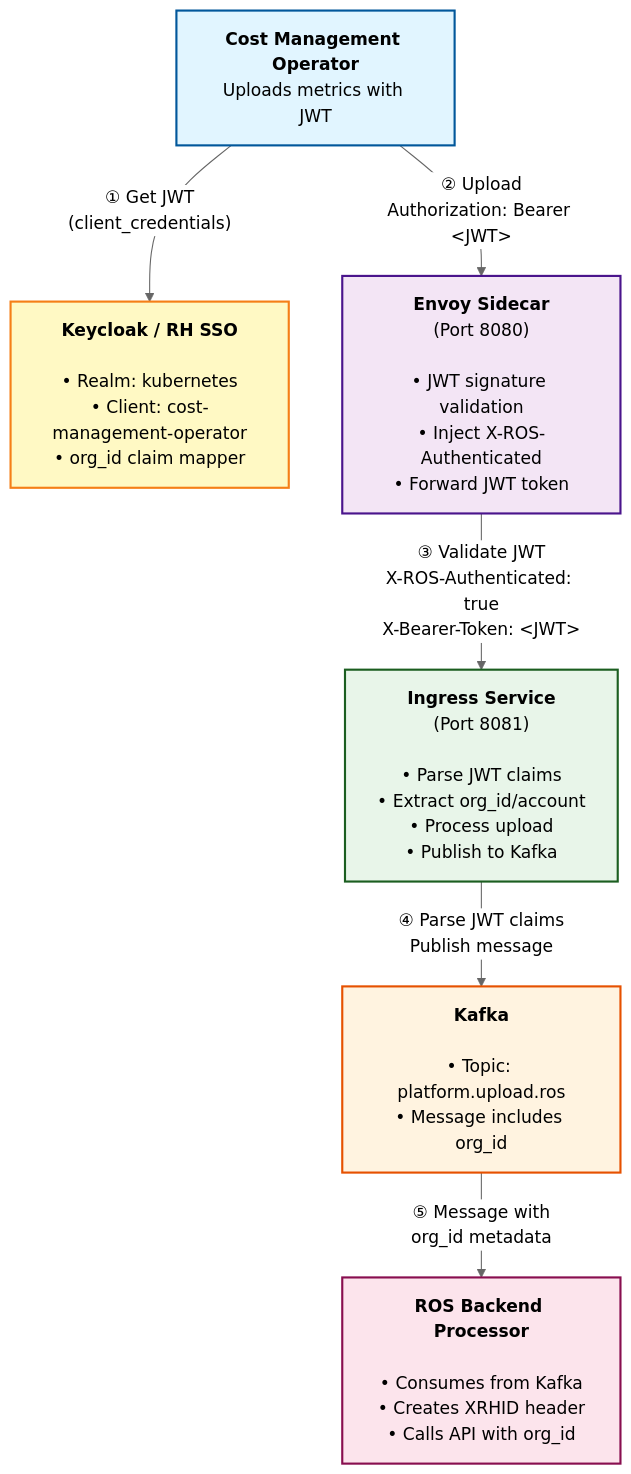
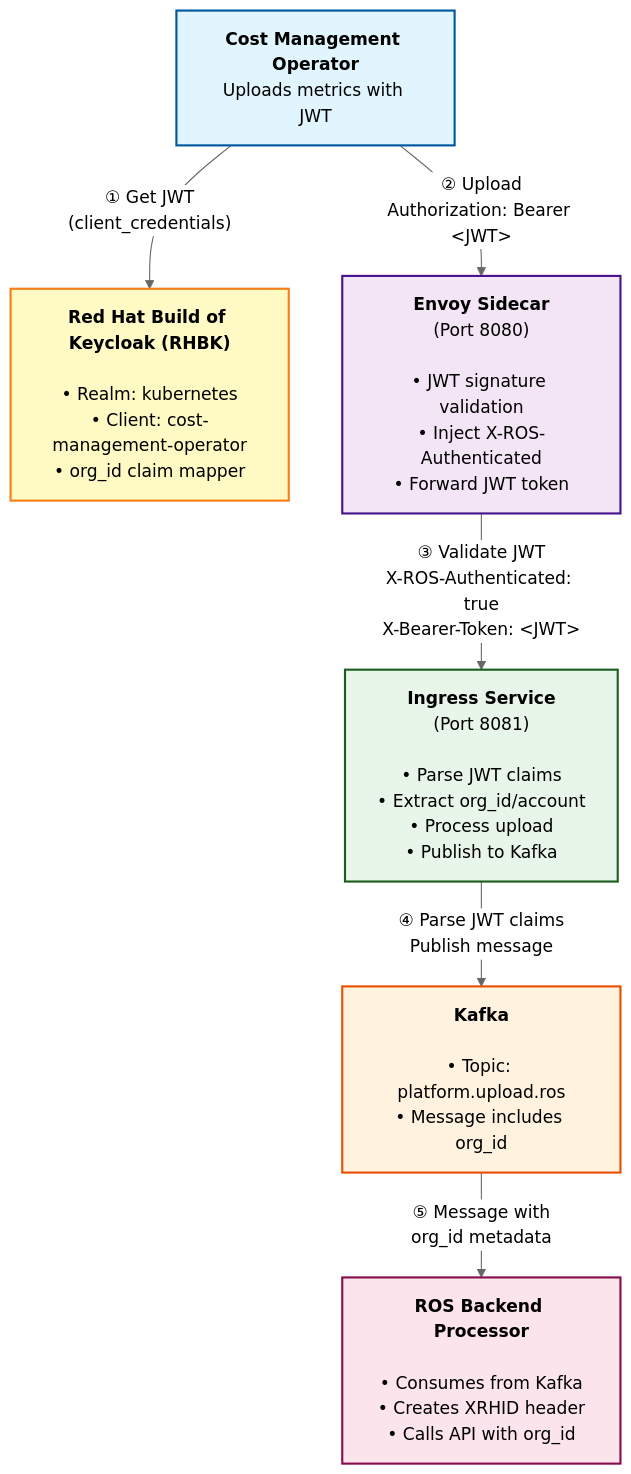
One commit to jordigilh/ros-helm-chart changed the first of 2 diagrams in docs/keycloak-jwt-authentication-setup.md. Above: the diagram before and after it, drawn with Mermaid (neutral theme). The commit also changed other lines of this file and 14 other files, not shown here.

First line of the commit message:
feat: Migrate from RHSSO to RHBK (Red Hat Build of Keycloak)

````diff
--- a/docs/keycloak-jwt-authentication-setup.md
+++ b/docs/keycloak-jwt-authentication-setup.md
@@ -11,22 +11,22 @@
 ```mermaid
 graph TB
     Operator["<b>Cost Management Operator</b><br/>Uploads metrics with JWT"]
-    Keycloak["<b>Keycloak / RH SSO</b><br/><br/>• Realm: kubernetes<br/>• Client: cost-management-operator<br/>• org_id claim mapper"]
+    Keycloak["<b>Red Hat Build of Keycloak (RHBK)</b><br/><br/>• Realm: kubernetes<br/>• Client: cost-management-operator<br/>• org_id claim mapper"]
     Envoy["<b>Envoy Sidecar</b><br/>(Port 8080)<br/><br/>• JWT signature validation<br/>• Inject X-ROS-Authenticated<br/>• Forward JWT token"]
     Ingress["<b>Ingress Service</b><br/>(Port 8081)<br/><br/>• Parse JWT claims<br/>• Extract org_id/account<br/>• Process upload<br/>• Publish to Kafka"]
     Kafka["<b>Kafka</b><br/><br/>• Topic: platform.upload.ros<br/>• Message includes org_id"]
     Backend["<b>ROS Backend Processor</b><br/><br/>• Consumes from Kafka<br/>• Creates XRHID header<br/>• Calls API with org_id"]
 
     Operator -->|"① Get JWT<br/>(client_credentials)"| Keycloak
     Operator -->|"② Upload<br/>Authorization: Bearer &lt;JWT&gt;"| Envoy
     Envoy -->|"③ Validate JWT<br/>X-ROS-Authenticated: true<br/>X-Bearer-Token: &lt;JWT&gt;"| Ingress
     Ingress -->|"④ Parse JWT claims<br/>Publish message"| Kafka
     Kafka -->|"⑤ Message with<br/>org_id metadata"| Backend
 
     style Operator fill:#e1f5ff,stroke:#01579b,stroke-width:2px,color:#000
     style Keycloak fill:#fff9c4,stroke:#f57f17,stroke-width:2px,color:#000
     style Envoy fill:#f3e5f5,stroke:#4a148c,stroke-width:2px,color:#000
     style Ingress fill:#e8f5e9,stroke:#1b5e20,stroke-width:2px,color:#000
     style Kafka fill:#fff3e0,stroke:#e65100,stroke-width:2px,color:#000
     style Backend fill:#fce4ec,stroke:#880e4f,stroke-width:2px,color:#000
 ```
````
